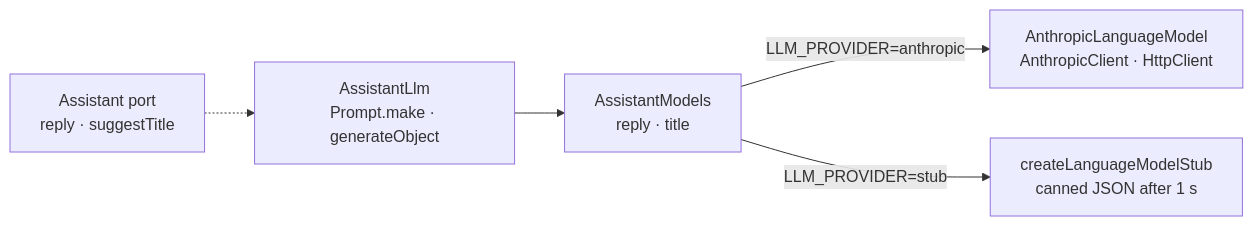
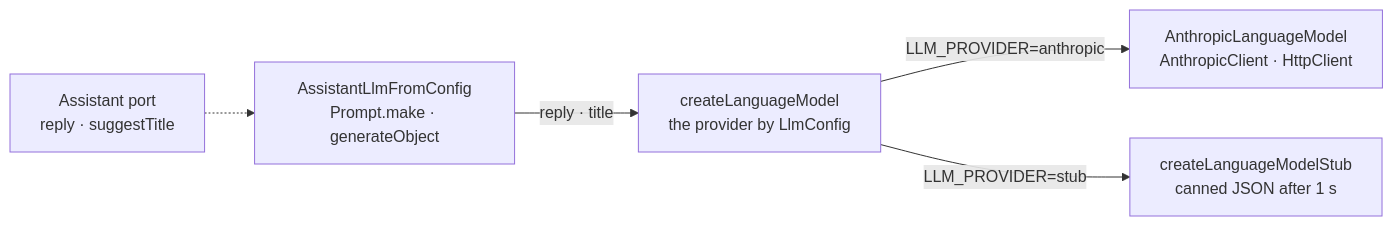
One commit to khotei/app-template changed the diagram in docs/knowledge/ai.md. Above: the diagram before and after it, drawn with Mermaid. The commit also changed other lines of this file and 447 other files, not shown here.

````diff
--- a/docs/knowledge/ai.md
+++ b/docs/knowledge/ai.md
@@ -18,7 +18,7 @@
 ```mermaid
 graph LR
-  P["Assistant port<br/>reply · suggestTitle"] -.-> L["AssistantLlm<br/>Prompt.make · generateObject"]
-  L --> M["AssistantModels<br/>reply · title"]
-  M -->|"LLM_PROVIDER=anthropic"| A["AnthropicLanguageModel<br/>AnthropicClient · HttpClient"]
-  M -->|"LLM_PROVIDER=stub"| S["createLanguageModelStub<br/>canned JSON after 1 s"]
+  P["Assistant port<br/>reply · suggestTitle"] -.-> L["AssistantLlmFromConfig<br/>Prompt.make · generateObject"]
+  L -->|"reply · title"| K["createLanguageModel<br/>the provider by LlmConfig"]
+  K -->|"LLM_PROVIDER=anthropic"| A["AnthropicLanguageModel<br/>AnthropicClient · HttpClient"]
+  K -->|"LLM_PROVIDER=stub"| S["createLanguageModelStub<br/>canned JSON after 1 s"]
 ```
````
